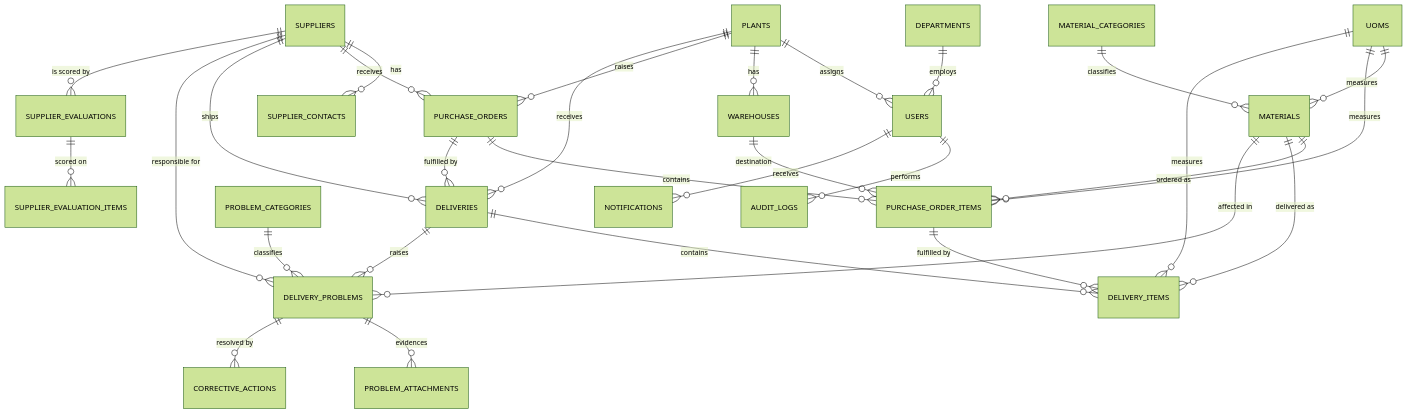
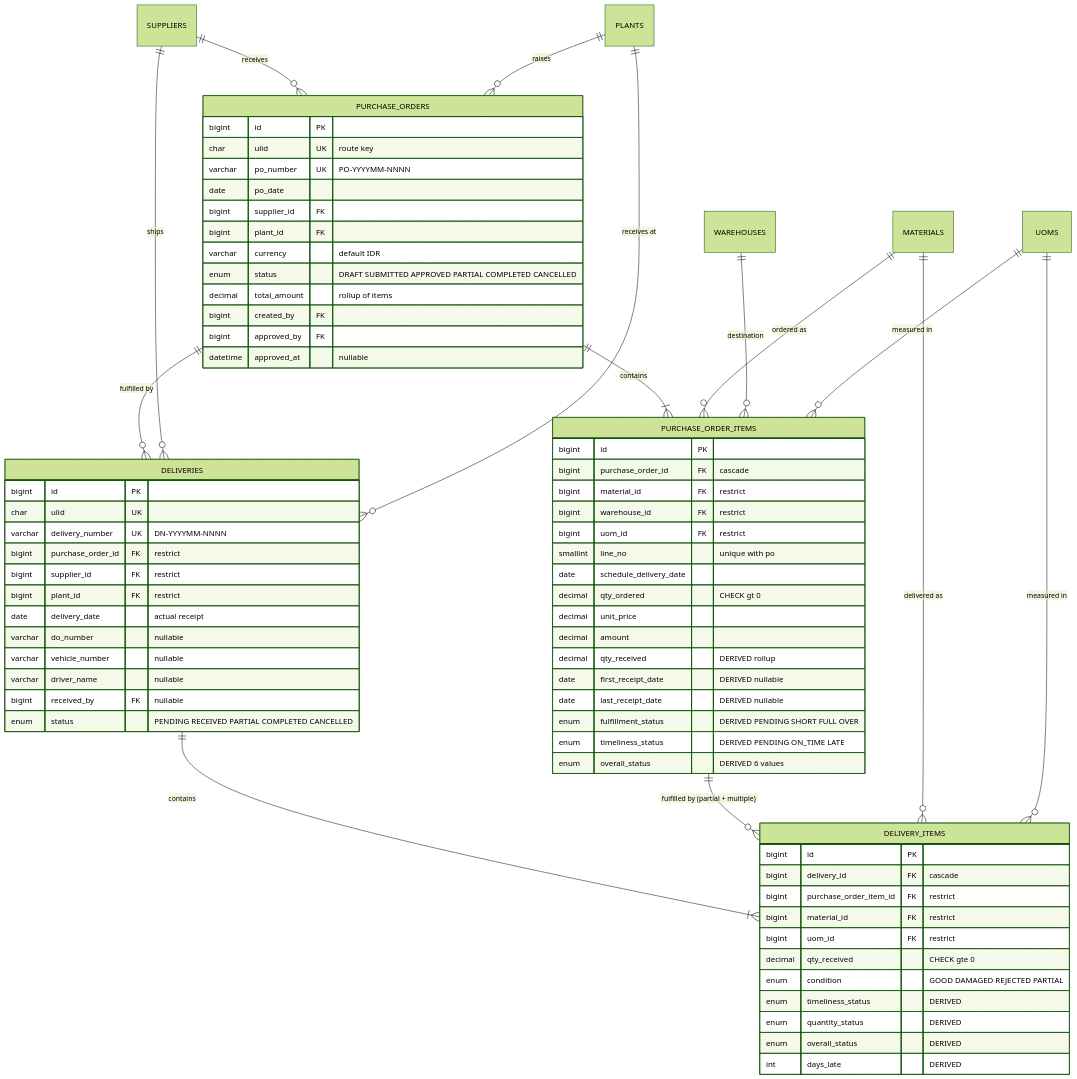
One commit to yusufazharzaini/MDP---Monitoring-System changed the first of 5 diagrams in docs/02-ERD.md. Above: the diagram before and after it, drawn with Mermaid (forest theme). The commit also changed other lines of this file and 14 other files, not shown here.

First line of the commit message:
Production ERD, database-level business constraints, split-shipment demo data

````diff
--- a/docs/02-ERD.md
+++ b/docs/02-ERD.md
@@ -5,41 +35,81 @@
 ```mermaid
 erDiagram
-    DEPARTMENTS  ||--o{ USERS : "employs"
-    PLANTS       ||--o{ USERS : "assigns"
-    PLANTS       ||--o{ WAREHOUSES : "has"
-    PLANTS       ||--o{ PURCHASE_ORDERS : "raises"
-    PLANTS       ||--o{ DELIVERIES : "receives"
+    SUPPLIERS ||--o{ PURCHASE_ORDERS : "receives"
+    PLANTS ||--o{ PURCHASE_ORDERS : "raises"
+    PURCHASE_ORDERS ||--|{ PURCHASE_ORDER_ITEMS : "contains"
+    MATERIALS ||--o{ PURCHASE_ORDER_ITEMS : "ordered as"
+    WAREHOUSES ||--o{ PURCHASE_ORDER_ITEMS : "destination"
+    UOMS ||--o{ PURCHASE_ORDER_ITEMS : "measured in"
 
-    SUPPLIERS    ||--o{ SUPPLIER_CONTACTS : "has"
-    SUPPLIERS    ||--o{ PURCHASE_ORDERS : "receives"
-    SUPPLIERS    ||--o{ DELIVERIES : "ships"
-    SUPPLIERS    ||--o{ DELIVERY_PROBLEMS : "responsible for"
-    SUPPLIERS    ||--o{ SUPPLIER_EVALUATIONS : "is scored by"
+    PURCHASE_ORDERS ||--o{ DELIVERIES : "fulfilled by"
+    SUPPLIERS ||--o{ DELIVERIES : "ships"
+    PLANTS ||--o{ DELIVERIES : "receives at"
+    DELIVERIES ||--|{ DELIVERY_ITEMS : "contains"
 
-    MATERIAL_CATEGORIES ||--o{ MATERIALS : "classifies"
-    UOMS         ||--o{ MATERIALS : "measures"
-    UOMS         ||--o{ PURCHASE_ORDER_ITEMS : "measures"
-    UOMS         ||--o{ DELIVERY_ITEMS : "measures"
+    PURCHASE_ORDER_ITEMS ||--o{ DELIVERY_ITEMS : "fulfilled by (partial + multiple)"
+    MATERIALS ||--o{ DELIVERY_ITEMS : "delivered as"
+    UOMS ||--o{ DELIVERY_ITEMS : "measured in"
 
-    MATERIALS    ||--o{ PURCHASE_ORDER_ITEMS : "ordered as"
-    MATERIALS    ||--o{ DELIVERY_ITEMS : "delivered as"
-    MATERIALS    ||--o{ DELIVERY_PROBLEMS : "affected in"
+    PURCHASE_ORDERS {
+        bigint id PK
+        char ulid UK "route key"
+        varchar po_number UK "PO-YYYYMM-NNNN"
+        date po_date
+        bigint supplier_id FK
+        bigint plant_id FK
+        varchar currency "default IDR"
+        enum status "DRAFT SUBMITTED APPROVED PARTIAL COMPLETED CANCELLED"
+        decimal total_amount "rollup of items"
+        bigint created_by FK
+        bigint approved_by FK
+        datetime approved_at "nullable"
+    }
 
-    WAREHOUSES   ||--o{ PURCHASE_ORDER_ITEMS : "destination"
+    PURCHASE_ORDER_ITEMS {
+        bigint id PK
+        bigint purchase_order_id FK "cascade"
+        bigint material_id FK "restrict"
+        bigint warehouse_id FK "restrict"
+        bigint uom_id FK "restrict"
+        smallint line_no "unique with po"
+        date schedule_delivery_date
+        decimal qty_ordered "CHECK gt 0"
+        decimal unit_price
+        decimal amount
+        decimal qty_received "DERIVED rollup"
+        date first_receipt_date "DERIVED nullable"
+        date last_receipt_date "DERIVED nullable"
+        enum fulfillment_status "DERIVED PENDING SHORT FULL OVER"
+        enum timeliness_status "DERIVED PENDING ON_TIME LATE"
+        enum overall_status "DERIVED 6 values"
+    }
 
-    PURCHASE_ORDERS      ||--o{ PURCHASE_ORDER_ITEMS : "contains"
-    PURCHASE_ORDERS      ||--o{ DELIVERIES : "fulfilled by"
-    PURCHASE_ORDER_ITEMS ||--o{ DELIVERY_ITEMS : "fulfilled by"
+    DELIVERIES {
+        bigint id PK
+        char ulid UK
+        varchar delivery_number UK "DN-YYYYMM-NNNN"
+        bigint purchase_order_id FK "restrict"
+        bigint supplier_id FK "restrict"
+        bigint plant_id FK "restrict"
+        date delivery_date "actual receipt"
+        varchar do_number "nullable"
+        varchar vehicle_number "nullable"
+        varchar driver_name "nullable"
+        bigint received_by FK "nullable"
+        enum status "PENDING RECEIVED PARTIAL COMPLETED CANCELLED"
+    }
 
-    DELIVERIES   ||--o{ DELIVERY_ITEMS : "contains"
-    DELIVERIES   ||--o{ DELIVERY_PROBLEMS : "raises"
-
-    PROBLEM_CATEGORIES ||--o{ DELIVERY_PROBLEMS : "classifies"
-    DELIVERY_PROBLEMS  ||--o{ PROBLEM_ATTACHMENTS : "evidences"
-    DELIVERY_PROBLEMS  ||--o{ CORRECTIVE_ACTIONS : "resolved by"
-
-    SUPPLIER_EVALUATIONS ||--o{ SUPPLIER_EVALUATION_ITEMS : "scored on"
-
-    USERS ||--o{ AUDIT_LOGS : "performs"
-    USERS ||--o{ NOTIFICATIONS : "receives"
+    DELIVERY_ITEMS {
+        bigint id PK
+        bigint delivery_id FK "cascade"
+        bigint purchase_order_item_id FK "restrict"
+        bigint material_id FK "restrict"
+        bigint uom_id FK "restrict"
+        decimal qty_received "CHECK gte 0"
+        enum condition "GOOD DAMAGED REJECTED PARTIAL"
+        enum timeliness_status "DERIVED"
+        enum quantity_status "DERIVED"
+        enum overall_status "DERIVED"
+        int days_late "DERIVED"
+    }
 ```
````
